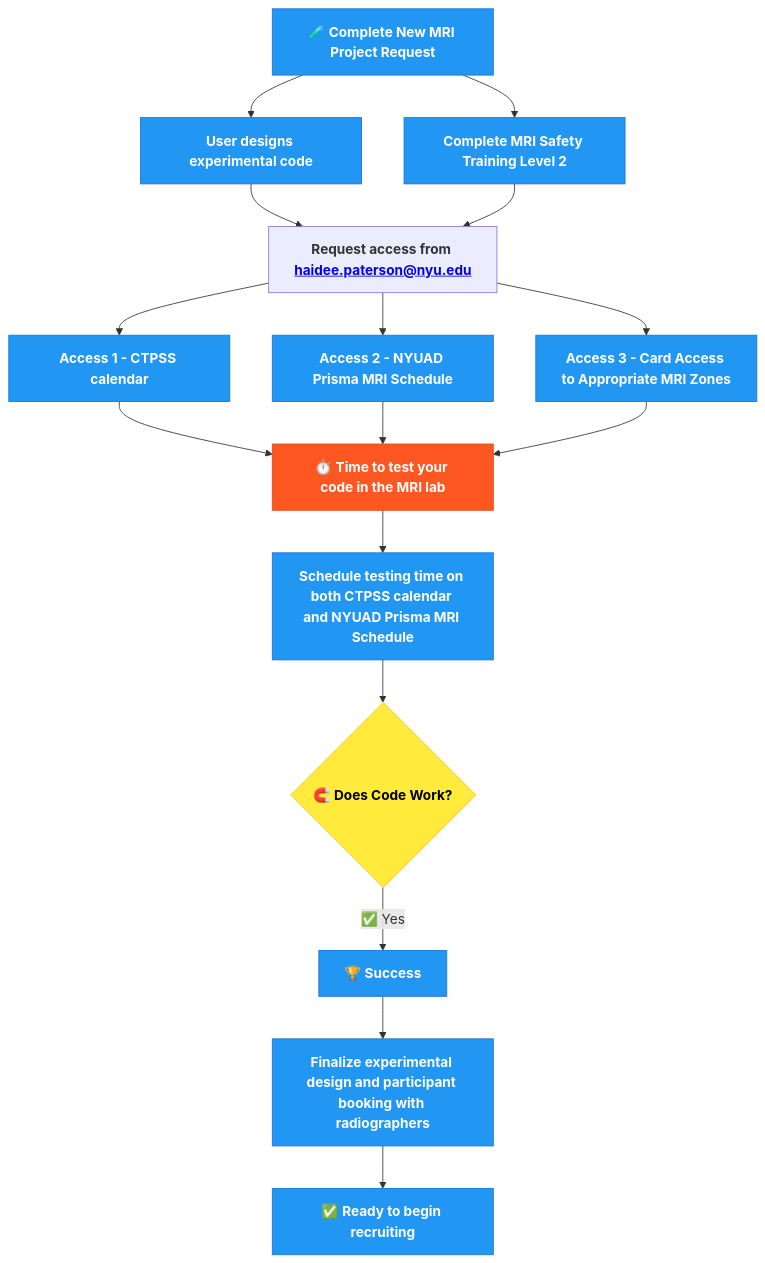
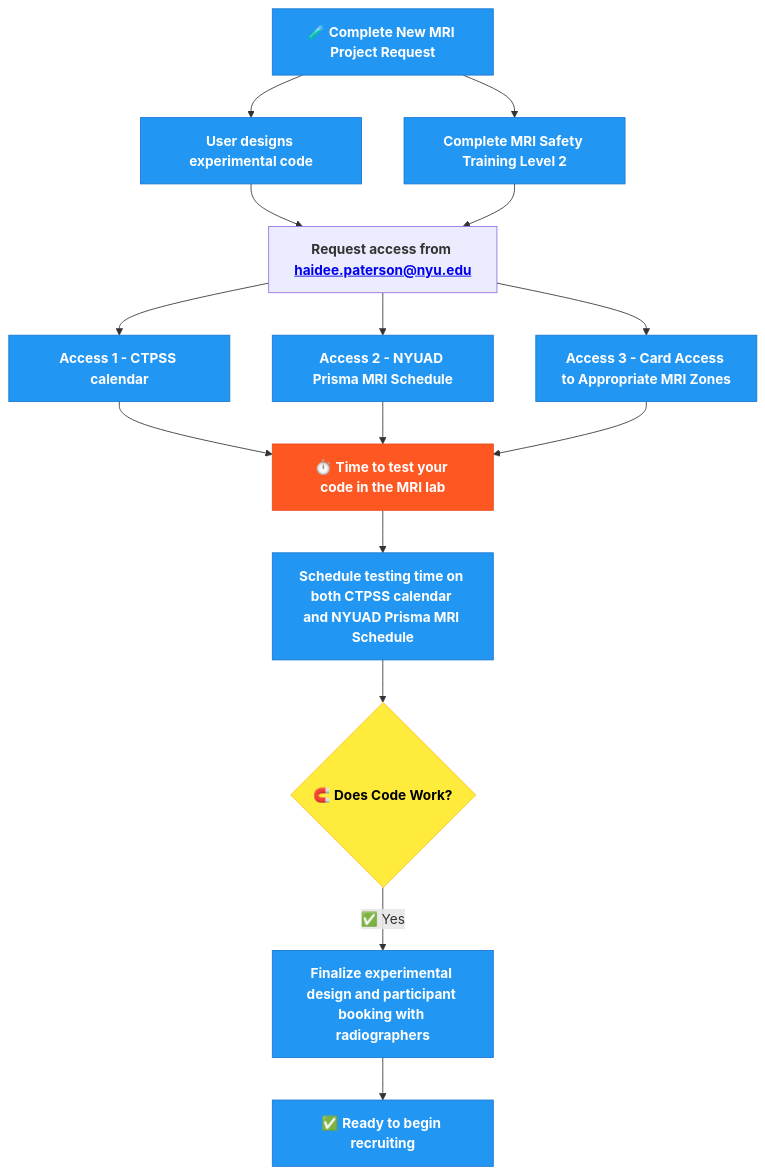
Before and after one commit to BioMedicalImaging-Core-NYUAD/brainimaging-lab-documentation: the diagram in docs/source/1-lab_overview/3-process_diagram.rst, drawn with Mermaid.

Commit message:
added link

```diff
--- a/docs/source/1-lab_overview/3-process_diagram.rst
+++ b/docs/source/1-lab_overview/3-process_diagram.rst
@@ -5,35 +5,35 @@
 .. mermaid::
 
   graph TD;
     B[🧪 <b>Complete New MRI Project Request</b>];
     B --> C[<b>User designs experimental code</b>];
     B --> D[<b>Complete MRI Safety Training Level 2</b>];
     C --> E[<b>Request access from <a href="mailto:haidee.paterson@nyu.edu">haidee.paterson@nyu.edu</a></b>];
     D --> E;
     E --> F[<b>Access 1 - CTPSS calendar</b>];
     E --> G[<b>Access 2 - NYUAD Prisma MRI Schedule</b>];
     E --> H[<b>Access 3 - Card Access to Appropriate MRI Zones</b>];
     F --> I[⏱️ <b>Time to test your code in the MRI lab</b>];
     G --> I;
     H --> I;
     I --> J[<b>Schedule testing time on both CTPSS calendar and NYUAD Prisma MRI Schedule</b>];
     J --> K{🧲️ <b>Does Code Work?</b>};
-    K --✅ Yes --> L[<b> 🏆 Success</b>];
-    L --> M[<b>Finalize experimental design and participant booking with radiographers</b>];
-    M --> N[✅ <b>Ready to begin recruiting</b>]
+    K --✅ Yes --> L[<b>Finalize experimental design and participant booking with radiographers</b>];
+    L --> M[✅ <b>Ready to begin recruiting</b>];
+
 
     %% Clickable Nodes
     click B "https://drive.google.com/file/d/10Py1KSAsktpCjU6c3lLuWLqVL2a5ofee/view?usp=drive_link"
     click D "https://app.imagingu.com/courses/personnel-group-ii-yearly"
     click E "mailto:haidee.paterson@nyu.edu" "Email haidee.paterson@nyu.edu"
     click F "https://corelabs.abudhabi.nyu.edu/"
 
     %% Style Definitions
     classDef success fill:#4CAF50,stroke:#2E7D32,color:#fff;
     classDef decision fill:#FFEB3B,stroke:#FBC02D,color:#000;
     classDef process fill:#2196F3,stroke:#1976D2,color:#fff;
     classDef warning fill:#FF5722,stroke:#E64A19,color:#fff;
 
     class B,C,D,F,G,H,J,L,M,N process;
     class I warning;
     class K decision;
```
